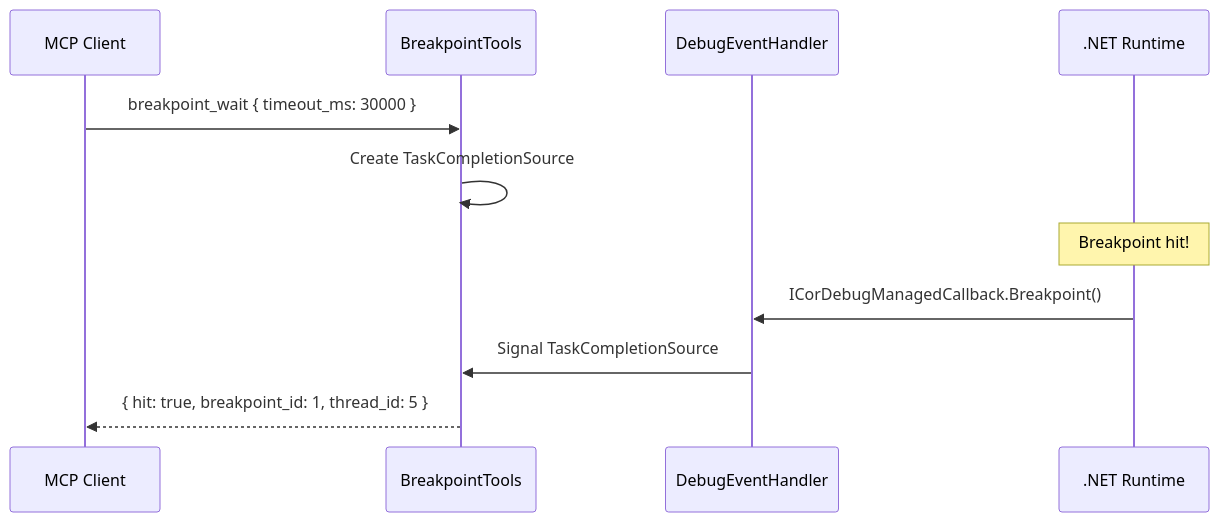
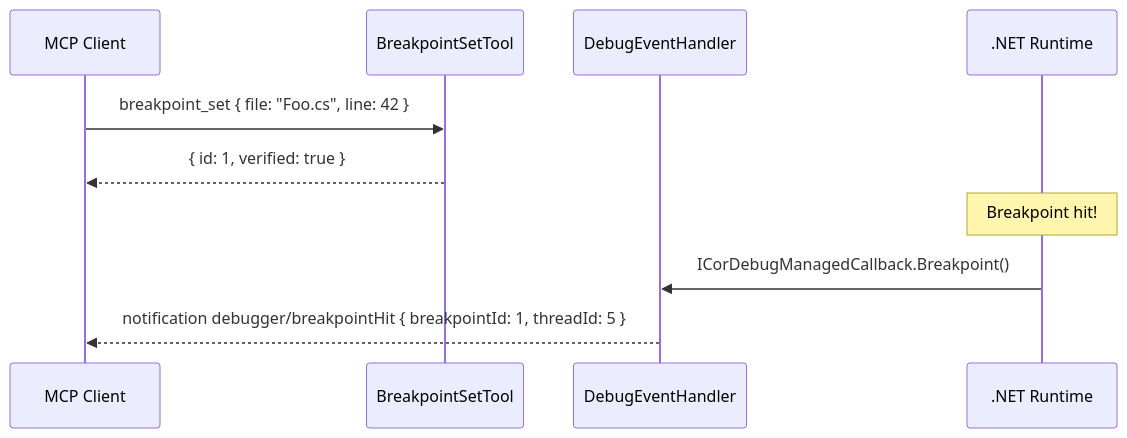
The third of 6 diagrams in website/docs/architecture.md (jkolo/debug-mcp), drawn with Mermaid before and after one commit. The commit also changed other lines of this file and 3 other files, not shown here.

First line of the commit message:
docs+test: T087-T088 — architecture cross-cutting concerns, FR-022 guard

````diff
--- a/website/docs/architecture.md
+++ b/website/docs/architecture.md
@@ -172,14 +176,13 @@
 ```mermaid
 sequenceDiagram
     participant C as MCP Client
-    participant BT as BreakpointTools
+    participant BT as BreakpointSetTool
     participant DEH as DebugEventHandler
     participant CLR as .NET Runtime
 
-    C->>BT: breakpoint_wait { timeout_ms: 30000 }
-    BT->>BT: Create TaskCompletionSource
+    C->>BT: breakpoint_set { file: "Foo.cs", line: 42 }
+    BT-->>C: { id: 1, verified: true }
     Note over CLR: Breakpoint hit!
     CLR->>DEH: ICorDebugManagedCallback.Breakpoint()
-    DEH->>BT: Signal TaskCompletionSource
-    BT-->>C: { hit: true, breakpoint_id: 1, thread_id: 5 }
+    DEH-->>C: notification debugger/breakpointHit { breakpointId: 1, threadId: 5 }
 ```
````
